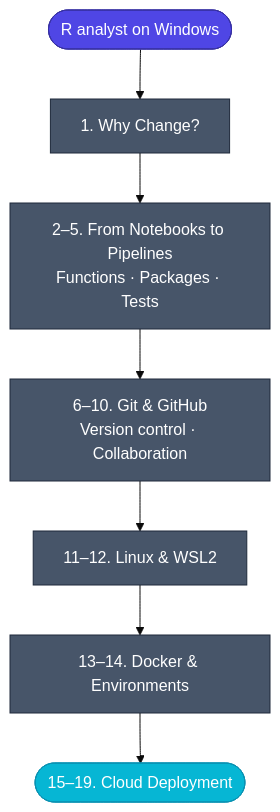
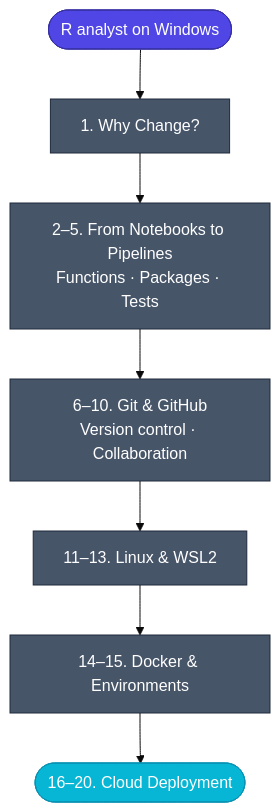
The second of 2 diagrams in docs/index.md (Ch3w3y/docker_gcp), drawn with Mermaid (base theme) before and after one commit. The commit also changed other lines of this file and 1 other file, not shown here.

````diff
--- a/docs/index.md
+++ b/docs/index.md
@@ -59,20 +59,20 @@
 ```mermaid
 flowchart TD
     START(["R analyst on Windows"])
     A["1. Why Change?"]
     B["2–5. From Notebooks to Pipelines<br/>Functions · Packages · Tests"]
     C["6–10. Git & GitHub<br/>Version control · Collaboration"]
-    D["11–12. Linux & WSL2"]
-    E["13–14. Docker & Environments"]
-    F(["15–19. Cloud Deployment"])
+    D["11–13. Linux & WSL2"]
+    E["14–15. Docker & Environments"]
+    F(["16–20. Cloud Deployment"])
 
     START --> A --> B --> C --> D --> E --> F
 
     style START fill:#4f46e5,stroke:#3730a3,color:#ffffff
     style A fill:#475569,stroke:#1e293b,color:#ffffff
     style B fill:#475569,stroke:#1e293b,color:#ffffff
     style C fill:#475569,stroke:#1e293b,color:#ffffff
     style D fill:#475569,stroke:#1e293b,color:#ffffff
     style E fill:#475569,stroke:#1e293b,color:#ffffff
     style F fill:#06b6d4,stroke:#0891b2,color:#ffffff
 ```
````
